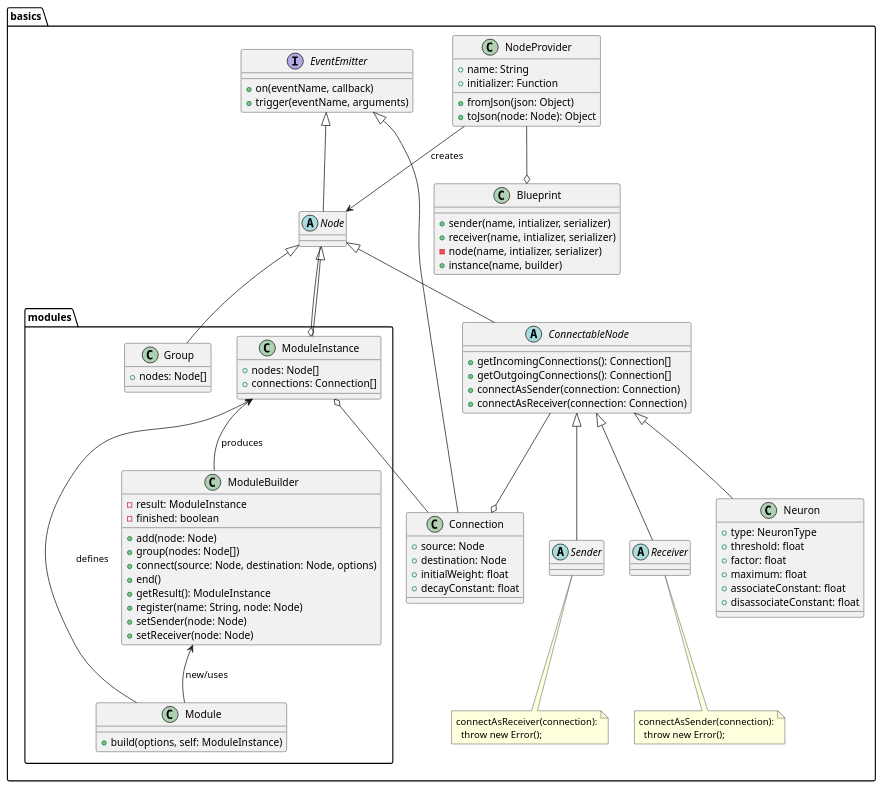
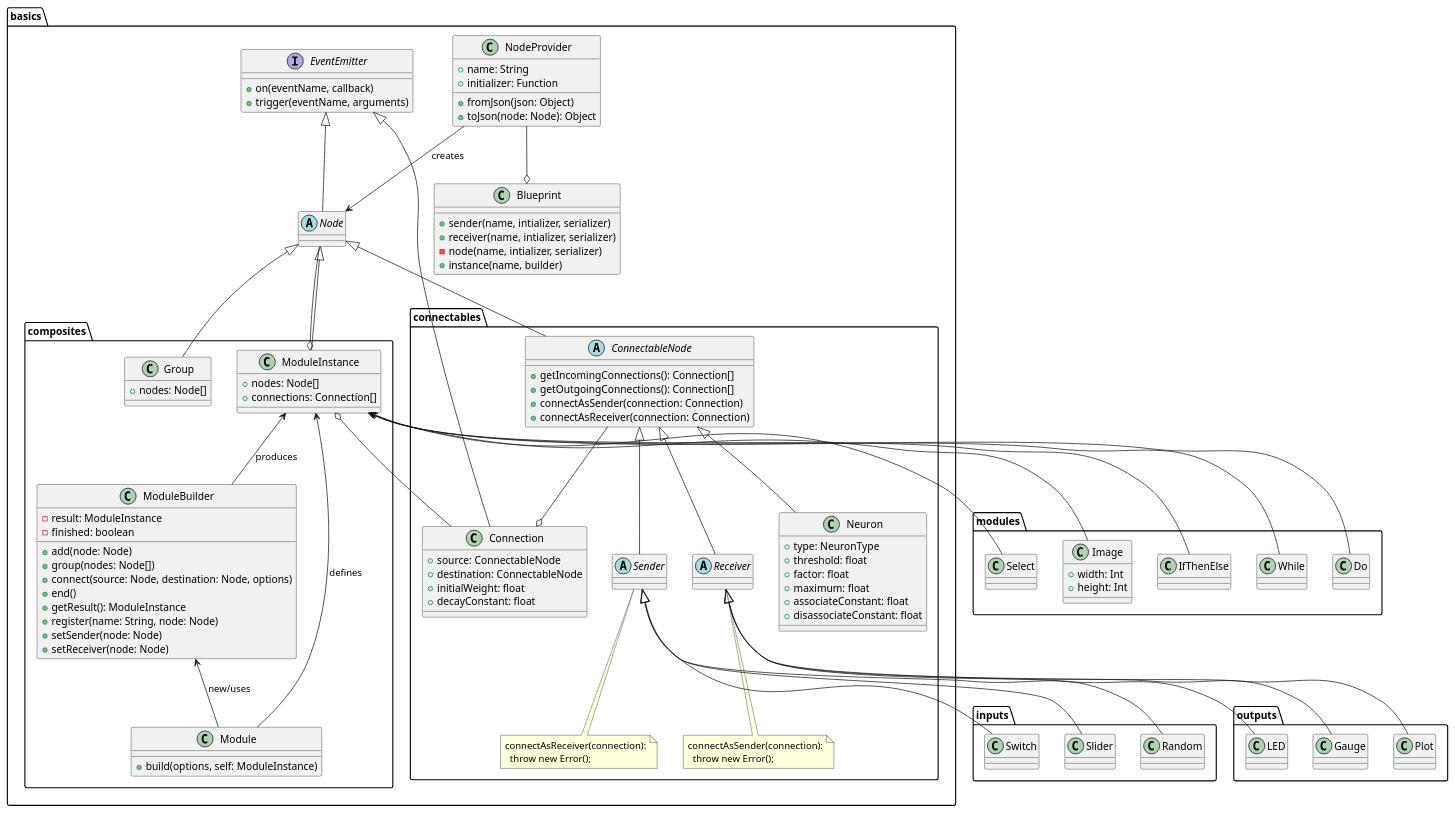
The diagram in uml/basics-rev2.puml (Lotes/blueprint), drawn with PlantUML before and after one commit. The commit also changed 1 other file, not shown here.

```diff
--- a/uml/basics-rev2.puml
+++ b/uml/basics-rev2.puml
@@ -1,108 +1,156 @@
 package basics { 
   class Blueprint {
     +sender(name, intializer, serializer)
     +receiver(name, intializer, serializer)
     -node(name, intializer, serializer)
     +instance(name, builder)
   }
   
   class NodeProvider {
     +name: String
     +initializer: Function
     +fromJson(json: Object)
     +toJson(node: Node): Object
   }
   
   NodeProvider --o Blueprint
   NodeProvider --> Node : creates
  
   interface EventEmitter {
     +on(eventName, callback)
     +trigger(eventName, arguments)
   }
 
   abstract class Node {
   
   }
+  EventEmitter <|-- Node
   
-  abstract class ConnectableNode {
-    +getIncomingConnections(): Connection[]
-    +getOutgoingConnections(): Connection[]
-    +connectAsSender(connection: Connection)
-    +connectAsReceiver(connection: Connection)
+  package connectables {
+    abstract class ConnectableNode {
+      +getIncomingConnections(): Connection[]
+      +getOutgoingConnections(): Connection[]
+      +connectAsSender(connection: Connection)
+      +connectAsReceiver(connection: Connection)
+    }
+    Node <|-- ConnectableNode
+
+    abstract class Sender {
+      
+    }
+    ConnectableNode <|-- Sender
+    note bottom of Sender
+      connectAsReceiver(connection):
+        throw new Error();
+    end note
+
+    abstract class Receiver {
+      
+    }
+    ConnectableNode <|-- Receiver
+    note bottom of Receiver
+      connectAsSender(connection):
+        throw new Error();
+    end note
+
+    class Neuron {
+      +type: NeuronType
+      +threshold: float
+      +factor: float
+      +maximum: float
+      +associateConstant: float
+      +disassociateConstant: float
+    }
+    ConnectableNode <|-- Neuron
+
+    class Connection {
+      +source: ConnectableNode
+      +destination: ConnectableNode
+      +initialWeight: float
+      +decayConstant: float
+    }
+    EventEmitter <|-- Connection
+    ConnectableNode --o Connection
   }
-  Node <|-- ConnectableNode
-
-  abstract class Sender {
-    
-  }
-  ConnectableNode <|-- Sender
-  note bottom of Sender
-    connectAsReceiver(connection):
-      throw new Error();
-  end note
-
-  abstract class Receiver {
-    
-  }
-  ConnectableNode <|-- Receiver
-  note bottom of Receiver
-    connectAsSender(connection):
-      throw new Error();
-  end note
-
-  class Neuron {
-    +type: NeuronType
-    +threshold: float
-    +factor: float
-    +maximum: float
-    +associateConstant: float
-    +disassociateConstant: float
-  }
-  ConnectableNode <|-- Neuron
-
-  class Connection {
-    +source: Node
-    +destination: Node
-    +initialWeight: float
-    +decayConstant: float
-  }
-  EventEmitter <|-- Connection
-  EventEmitter <|-- Node
-  ConnectableNode --o Connection
   
-  package modules {
+  package composites {
     class Group {
       +nodes: Node[]
     }
     Node <|-- Group
     
     class Module {
       +build(options, self: ModuleInstance)
     }
 
     class ModuleBuilder {
       -result: ModuleInstance
       -finished: boolean
       +add(node: Node)
       +group(nodes: Node[])
       +connect(source: Node, destination: Node, options)
       +end()
       +getResult(): ModuleInstance
       +register(name: String, node: Node)
       +setSender(node: Node)
       +setReceiver(node: Node)
     }
     ModuleInstance <-- ModuleBuilder : produces 
     ModuleInstance <-- Module : defines
     ModuleBuilder <-- Module : new/uses
 
     class ModuleInstance {
       +nodes: Node[]
       +connections: Connection[]
     }
     Node <|-- ModuleInstance
     ModuleInstance o-- Node
     ModuleInstance o-- Connection
   }
 }
+
+package inputs {
+  class Switch {
+  
+  }
+  Sender <|-- Switch
+  
+  class Slider {
+  
+  }
+  Sender <|-- Slider
+  
+  class Random {
+
+  }
+  Sender <|-- Random
+}
+
+package outputs {
+  class LED {
+    
+  }
+  Receiver <|-- LED
+  
+  class Gauge {
+    
+  }
+  Receiver <|-- Gauge
+
+  class Plot {
+    
+  }
+  Receiver <|-- Plot
+}
+
+package modules {
+  class Image {
+    +width: Int
+    +height: Int
+  }
+  ModuleInstance <-- Image
+  ModuleInstance <-- IfThenElse
+  ModuleInstance <-- While
+  ModuleInstance <-- Do
+  ModuleInstance <-- Select
+}
```
